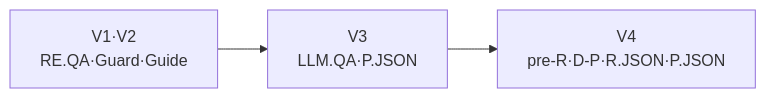
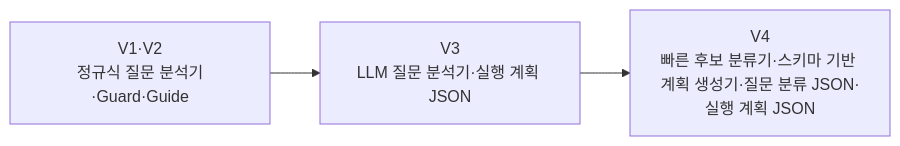
Before and after one commit to knu-2026-summer-main-enhancement/finance-doc-agent: diagram 13 of 15 in README.md, drawn with Mermaid. The commit also changed other lines of this file and 6 other files, not shown here.

````diff
--- a/README.md
+++ b/README.md
@@ -541,4 +541,4 @@
 ```mermaid
 flowchart LR
-    E1[V1·V2<br/>RE.QA·Guard·Guide] --> E2[V3<br/>LLM.QA·P.JSON] --> E3[V4<br/>pre-R·D-P·R.JSON·P.JSON]
+    E1[V1·V2<br/>정규식 질문 분석기·Guard·Guide] --> E2[V3<br/>LLM 질문 분석기·실행 계획 JSON] --> E3[V4<br/>빠른 후보 분류기·스키마 기반 계획 생성기·질문 분류 JSON·실행 계획 JSON]
 ```
````
